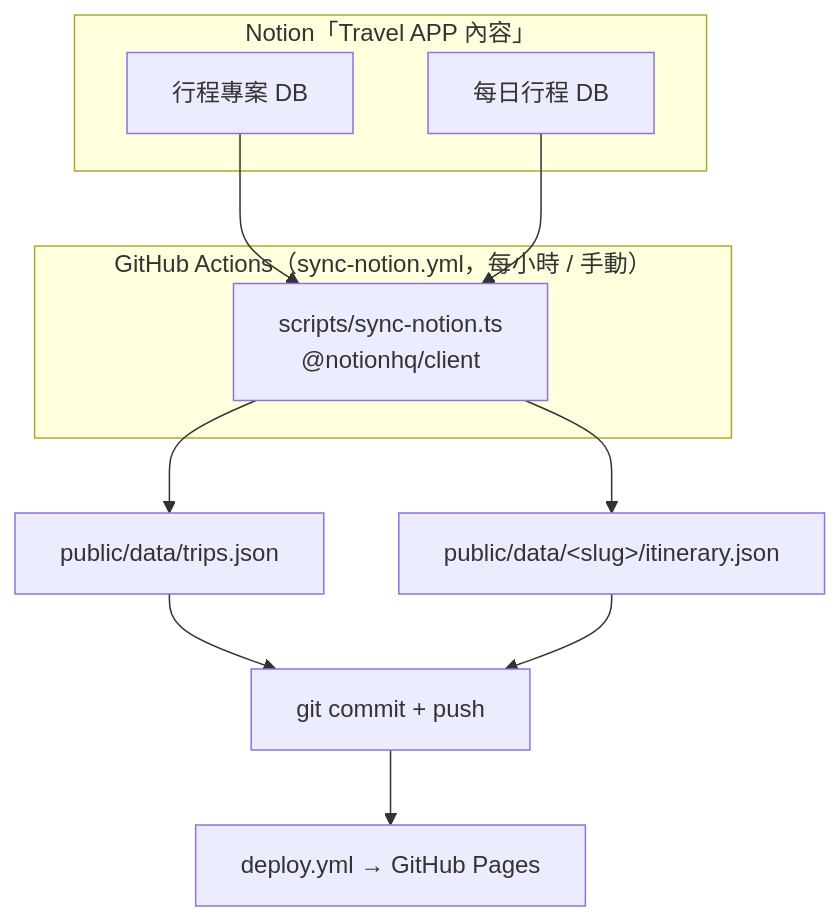
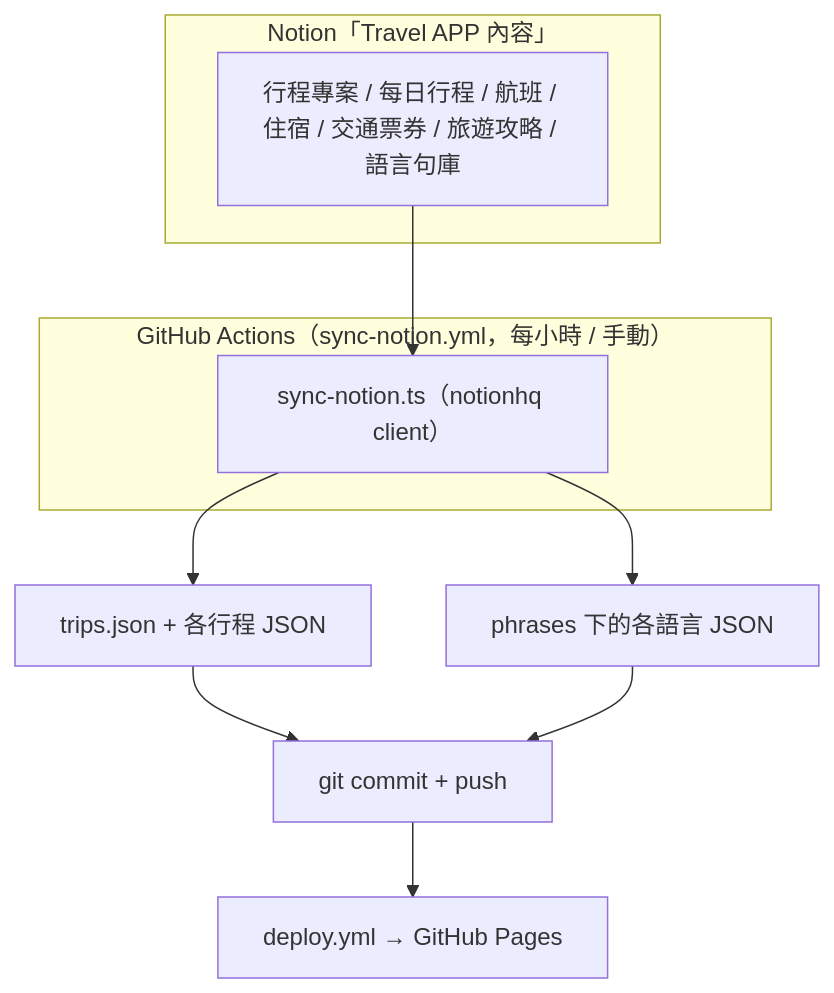
One commit to ChuangAllen/travel-app changed the fifth of 6 diagrams in README.md. Above: the diagram before and after it, drawn with Mermaid. The commit also changed other lines of this file, not shown here.

Commit message:
Docs: 修正 README mermaid 圖語法（GitHub 無法渲染）

````diff
--- a/README.md
+++ b/README.md
@@ -149,18 +154,17 @@
 ```mermaid
 flowchart TD
     subgraph Notion["Notion「Travel APP 內容」"]
-        T[行程專案 DB]
-        I[每日行程 DB]
+        T["行程專案 / 每日行程 / 航班 / 住宿 / 交通票券 / 旅遊攻略 / 語言句庫"]
     end
 
     subgraph CI["GitHub Actions（sync-notion.yml，每小時 / 手動）"]
-        S["scripts/sync-notion.ts<br/>@notionhq/client"]
+        S["sync-notion.ts（notionhq client）"]
     end
 
     T --> S
-    I --> S
-    S --> O1[public/data/trips.json]
-    S --> O2["public/data/&lt;slug&gt;/itinerary.json"]
-    O1 & O2 --> C[git commit + push]
-    C --> D[deploy.yml → GitHub Pages]
+    S --> O1["trips.json + 各行程 JSON"]
+    S --> O2["phrases 下的各語言 JSON"]
+    O1 --> C["git commit + push"]
+    O2 --> C
+    C --> D["deploy.yml → GitHub Pages"]
 ```
````
